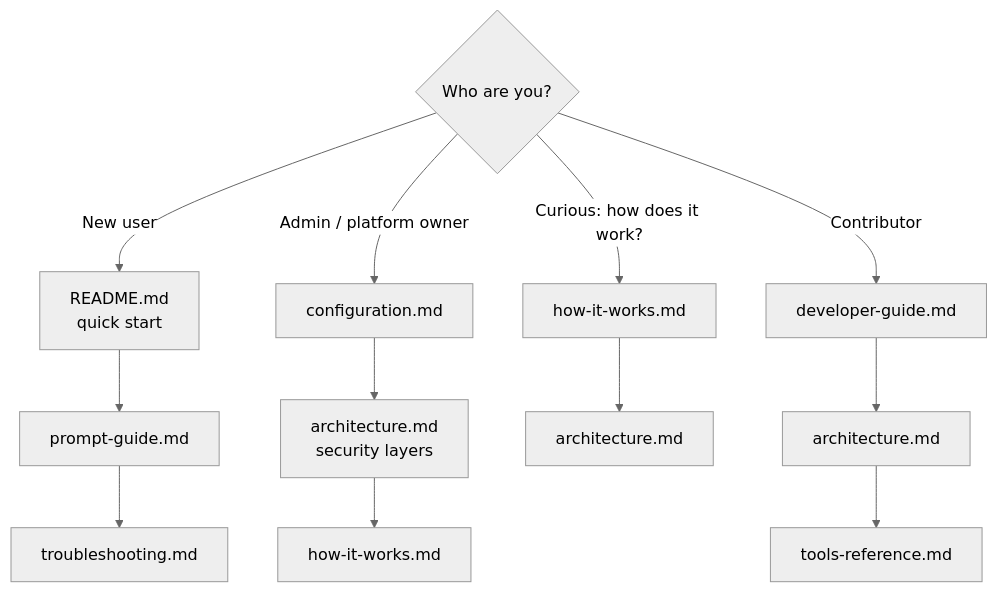
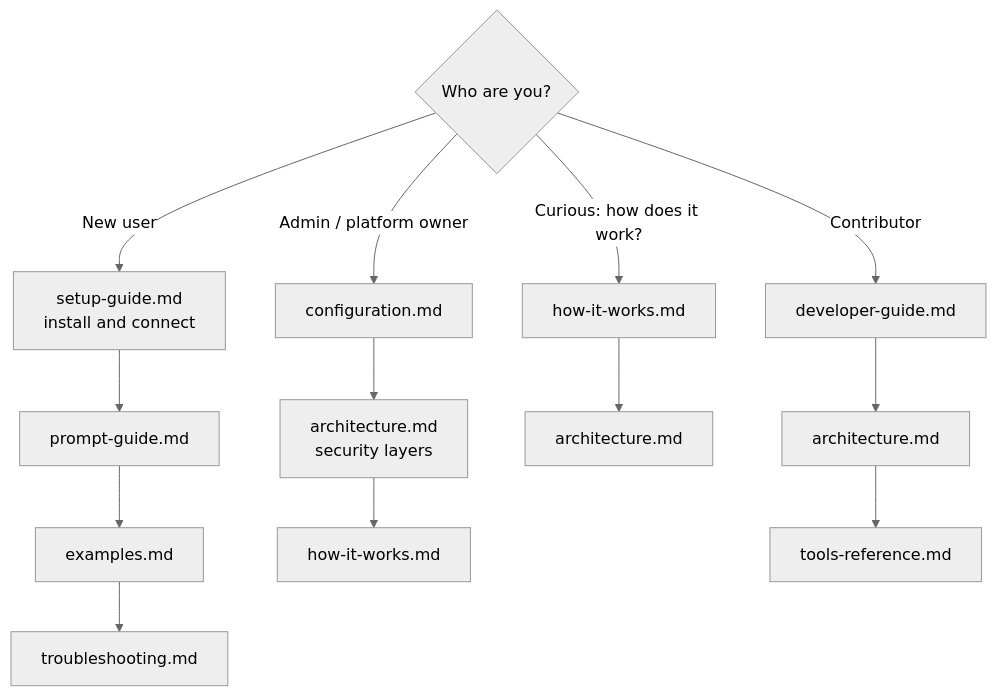
One commit to arnabdas24/aws-sso-mcp changed the diagram in docs/README.md. Above: the diagram before and after it, drawn with Mermaid (neutral theme). The commit also changed other lines of this file and 8 other files, not shown here.

First line of the commit message:
docs: add a setup guide and worked examples

````diff
--- a/docs/README.md
+++ b/docs/README.md
@@ -5,8 +5,8 @@
 ```mermaid
 flowchart TD
     Q{Who are you?}
-    Q -->|New user| U1[README.md<br/>quick start] --> U2[prompt-guide.md] --> U3[troubleshooting.md]
+    Q -->|New user| U1[setup-guide.md<br/>install and connect] --> U2[prompt-guide.md] --> U2b[examples.md] --> U3[troubleshooting.md]
     Q -->|Admin / platform owner| A1[configuration.md] --> A2[architecture.md<br/>security layers] --> A3[how-it-works.md]
     Q -->|Curious: how does it work?| C1[how-it-works.md] --> C2[architecture.md]
     Q -->|Contributor| D1[developer-guide.md] --> D2[architecture.md] --> D3[tools-reference.md]
 ```
````
